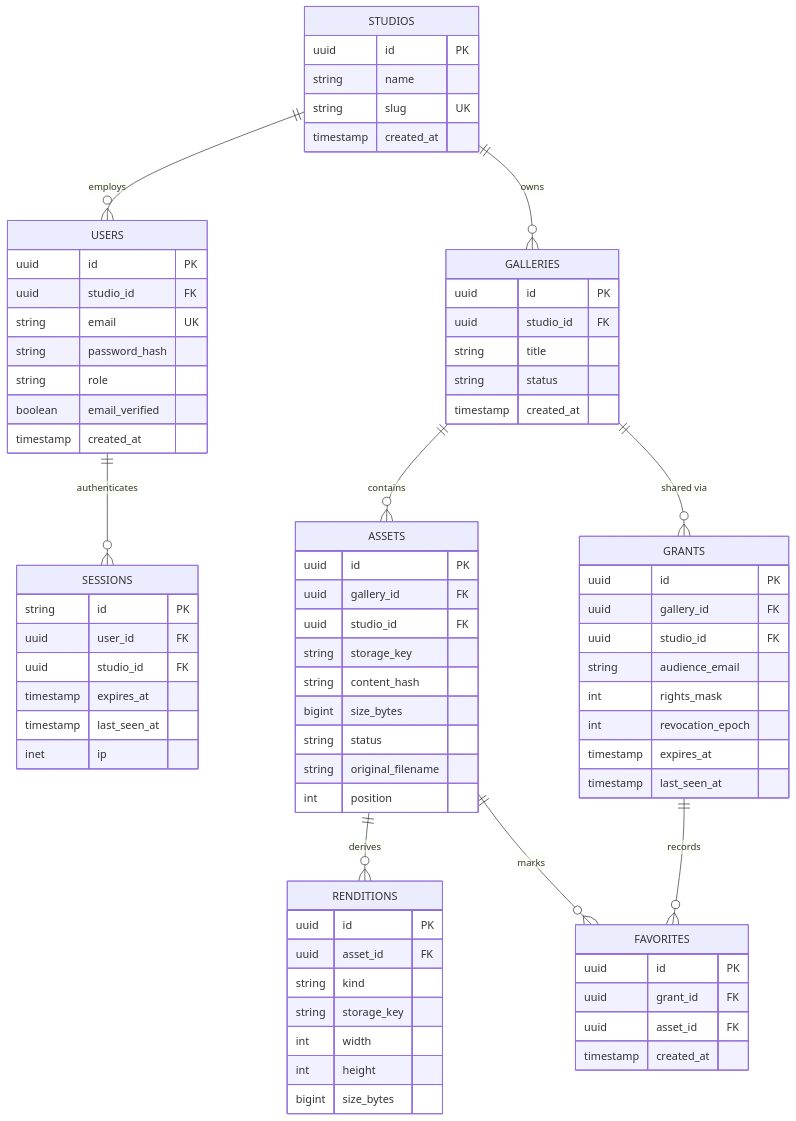
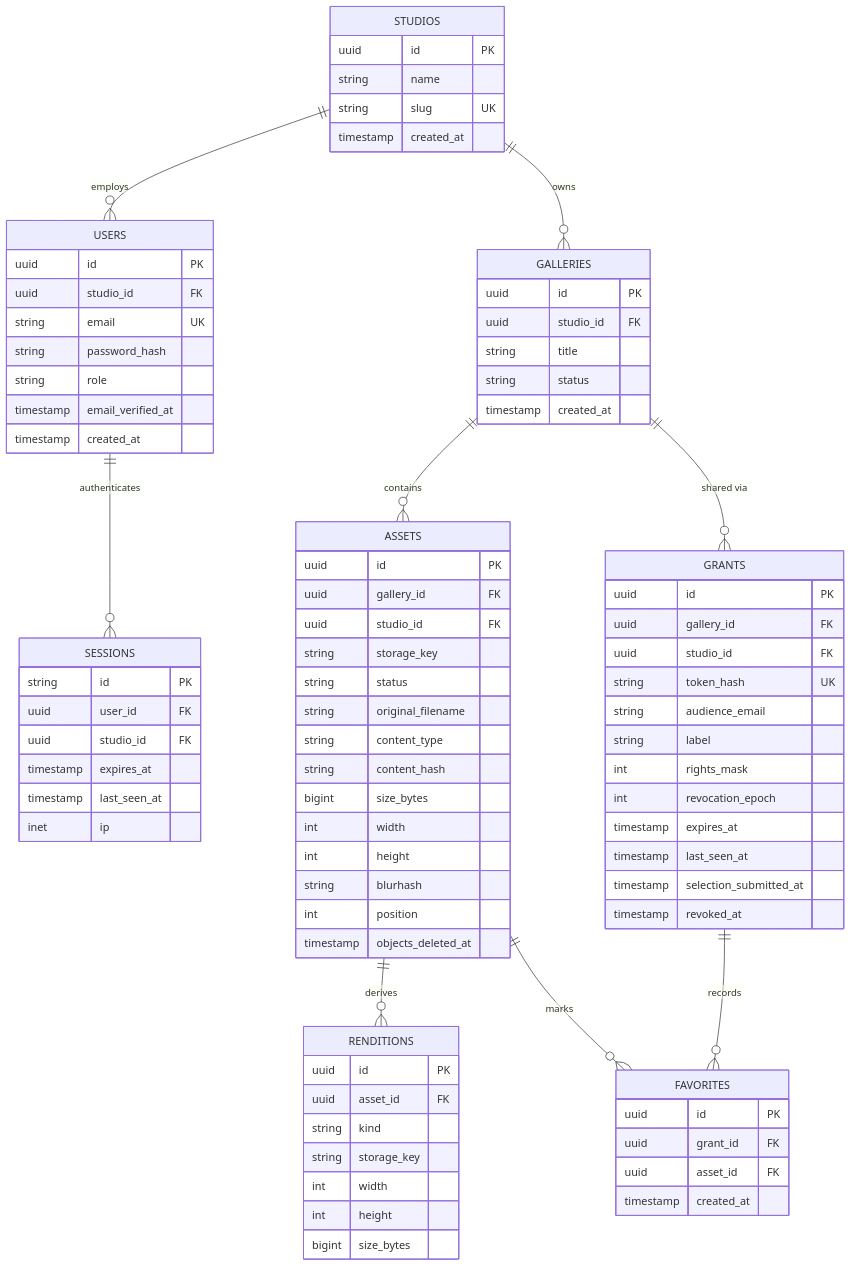
Before and after one commit to RaresPetrisor22/pixhaus: the second of 5 diagrams in docs/architecture.md, drawn with Mermaid. The commit also changed other lines of this file and 1 other file, not shown here.

Commit message:
update readme and architecture to reflect current project status

```diff
--- a/docs/architecture.md
+++ b/docs/architecture.md
@@ -88,7 +88,7 @@
         string email UK
         string password_hash
         string role
-        boolean email_verified
+        timestamp email_verified_at
         timestamp created_at
     }
     SESSIONS {
@@ -111,11 +111,16 @@
         uuid gallery_id FK
         uuid studio_id FK
         string storage_key
+        string status
+        string original_filename
+        string content_type
         string content_hash
         bigint size_bytes
-        string status
-        string original_filename
+        int width
+        int height
+        string blurhash
         int position
+        timestamp objects_deleted_at
     }
     RENDITIONS {
         uuid id PK
@@ -130,11 +135,15 @@
         uuid id PK
         uuid gallery_id FK
         uuid studio_id FK
+        string token_hash UK
         string audience_email
+        string label
         int rights_mask
         int revocation_epoch
         timestamp expires_at
         timestamp last_seen_at
+        timestamp selection_submitted_at
+        timestamp revoked_at
     }
     FAVORITES {
         uuid id PK
```
